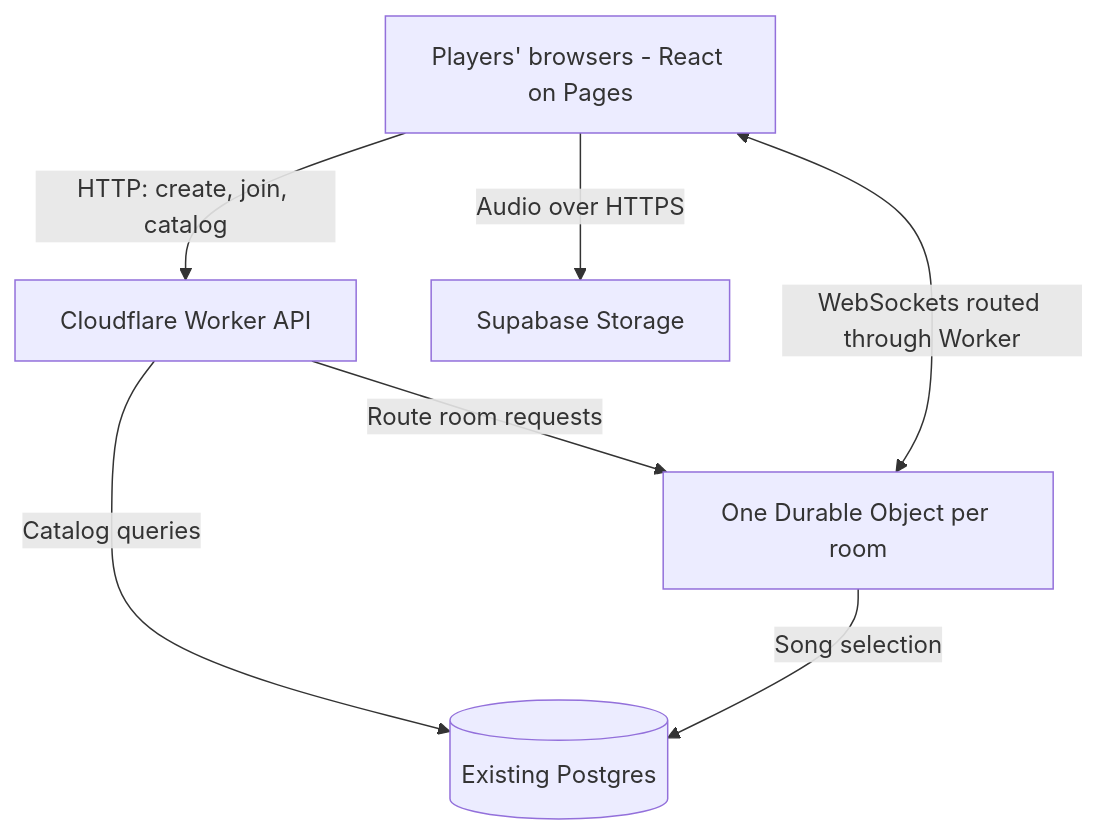
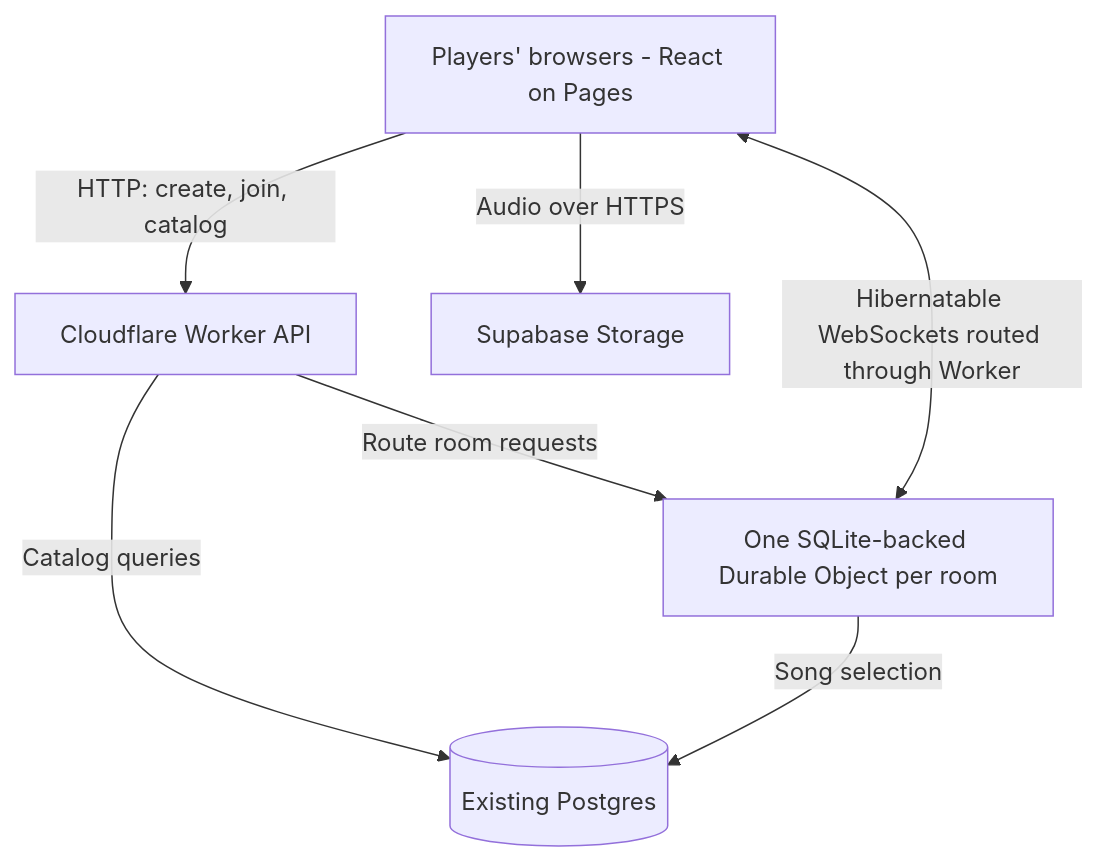
One commit to manumena/animasters changed the diagram in docs/multiplayer-architecture.md. Above: the diagram before and after it, drawn with Mermaid. The commit also changed other lines of this file and 2 other files, not shown here.

Commit message:
Document multiplayer defaults and catalog architecture

````diff
--- a/docs/multiplayer-architecture.md
+++ b/docs/multiplayer-architecture.md
@@ -47,15 +67,15 @@
 ```mermaid
 flowchart TD
     Client[Players' browsers - React on Pages]
     API[Cloudflare Worker API]
-    Room[One Durable Object per room]
+    Room[One SQLite-backed Durable Object per room]
     DB[(Existing Postgres)]
     Storage[Supabase Storage]
 
     Client -->|HTTP: create, join, catalog| API
     API -->|Route room requests| Room
-    Client <-->|WebSockets routed through Worker| Room
+    Client <-->|Hibernatable WebSockets routed through Worker| Room
     API -->|Catalog queries| DB
     Room -->|Song selection| DB
     Client -->|Audio over HTTPS| Storage
 ```
````
